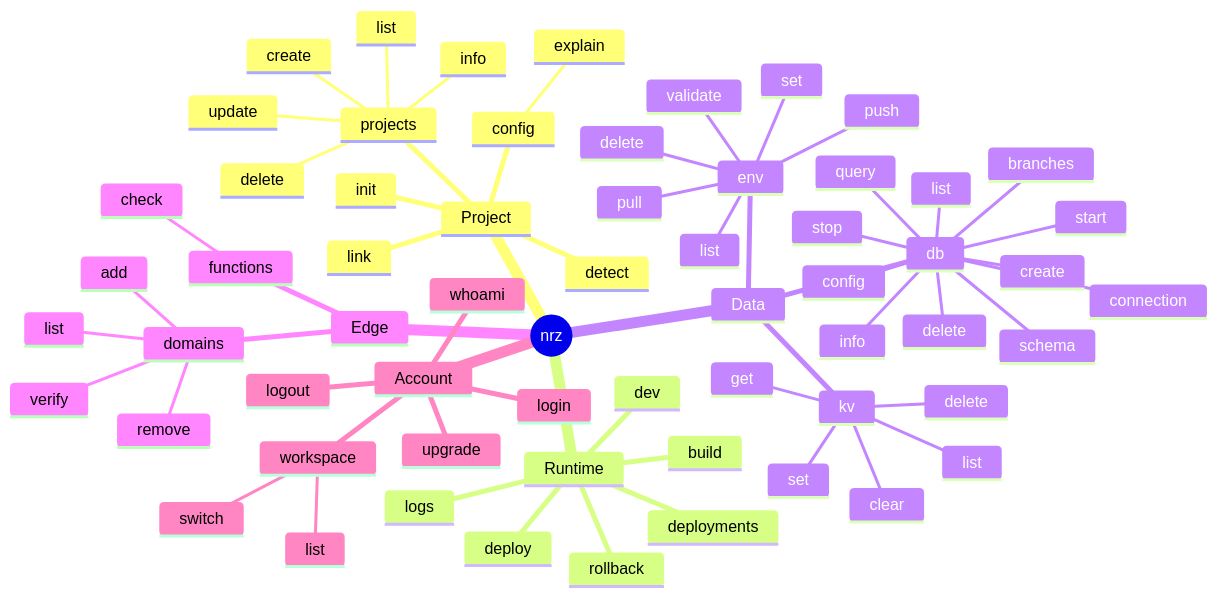
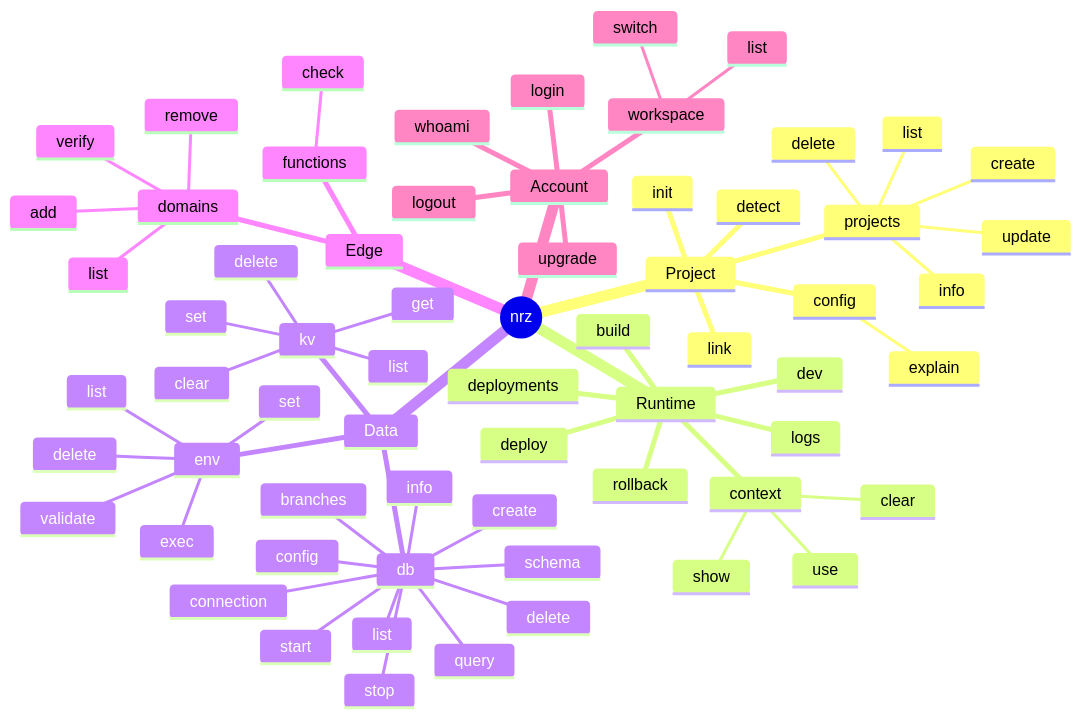
The diagram in docs/nrz-cli-command-inventory.md (ONREZA/nrz-cli), drawn with Mermaid before and after one commit. The commit also changed other lines of this file and 53 other files, not shown here.

````diff
--- a/docs/nrz-cli-command-inventory.md
+++ b/docs/nrz-cli-command-inventory.md
@@ -18,65 +18,68 @@
 ```mermaid
 mindmap
   root((nrz))
     Project
       init
       link
       projects
         list
         create
         info
         update
         delete
       config
         explain
       detect
     Runtime
       dev
       build
       deploy
+      context
+        show
+        use
+        clear
       deployments
       logs
       rollback
     Data
       db
         list
         create
         info
         delete
         start
         stop
         connection
         query
         branches
         config
         schema
       kv
         get
         set
         delete
         list
         clear
       env
         list
         set
         delete
-        pull
-        push
         validate
+        exec
     Edge
       domains
         list
         add
         remove
         verify
       functions
         check
     Account
       login
       whoami
       logout
       workspace
         list
         switch
       upgrade
 ```
````
